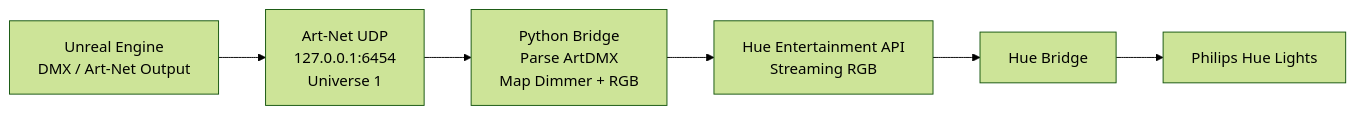
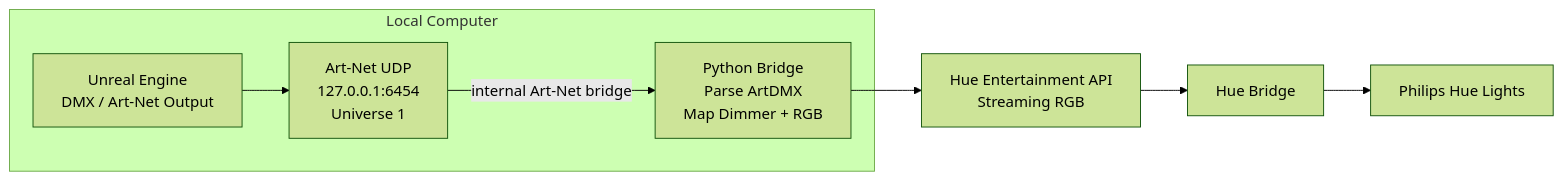
One commit to DazaiStudio/unreal-hue-ibl changed the diagram in docs/communication-workflow.md. Above: the diagram before and after it, drawn with Mermaid (forest theme). The commit also changed other lines of this file and 1 other file, not shown here.

Commit message:
Clarify local computer workflow boundary

````diff
--- a/docs/communication-workflow.md
+++ b/docs/communication-workflow.md
@@ -5,11 +5,16 @@
 ```mermaid
 flowchart LR
-  UE[Unreal Engine<br/>DMX / Art-Net Output]
-  ARTNET[Art-Net UDP<br/>127.0.0.1:6454<br/>Universe 1]
-  PY[Python Bridge<br/>Parse ArtDMX<br/>Map Dimmer + RGB]
+  subgraph LOCAL[Local Computer]
+    UE[Unreal Engine<br/>DMX / Art-Net Output]
+    ARTNET[Art-Net UDP<br/>127.0.0.1:6454<br/>Universe 1]
+    PY[Python Bridge<br/>Parse ArtDMX<br/>Map Dimmer + RGB]
+  end
+
   API[Hue Entertainment API<br/>Streaming RGB]
   BRIDGE[Hue Bridge]
   LIGHTS[Philips Hue Lights]
 
-  UE --> ARTNET --> PY --> API --> BRIDGE --> LIGHTS
+  UE --> ARTNET
+  ARTNET -->|internal Art-Net bridge| PY
+  PY --> API --> BRIDGE --> LIGHTS
 ```
````
